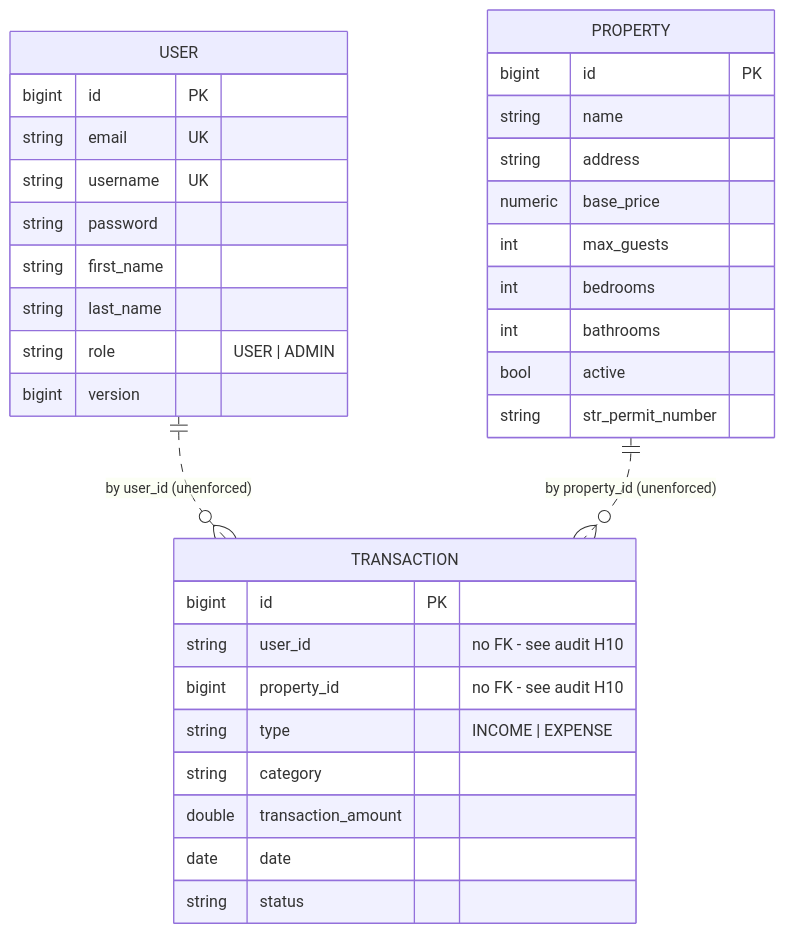
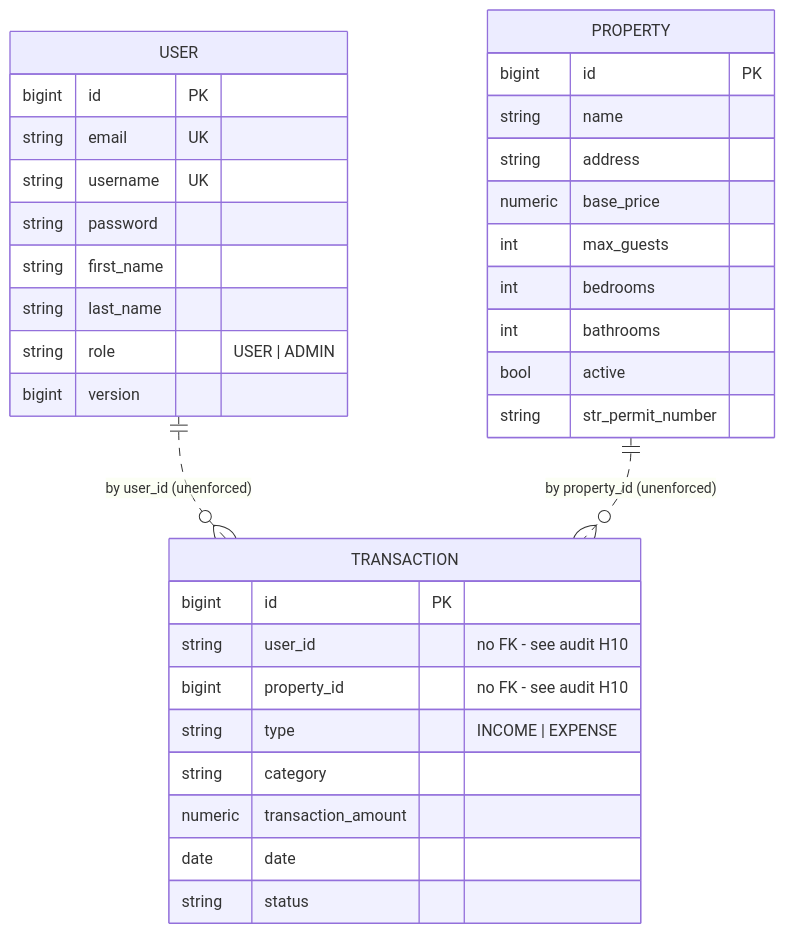
Before and after one commit to HoseaCodes/PropFlow-API: the diagram in README.md, drawn with Mermaid. The commit also changed other lines of this file and 16 other files, not shown here.

````diff
--- a/README.md
+++ b/README.md
@@ -28,37 +28,37 @@
 ```mermaid
 erDiagram
     USER {
         bigint id PK
         string email UK
         string username UK
         string password
         string first_name
         string last_name
         string role "USER | ADMIN"
         bigint version
     }
     PROPERTY {
         bigint id PK
         string name
         string address
         numeric base_price
         int max_guests
         int bedrooms
         int bathrooms
         bool active
         string str_permit_number
     }
     TRANSACTION {
         bigint id PK
         string user_id "no FK - see audit H10"
         bigint property_id "no FK - see audit H10"
         string type "INCOME | EXPENSE"
         string category
-        double transaction_amount
+        numeric transaction_amount
         date date
         string status
     }
 
     USER ||..o{ TRANSACTION : "by user_id (unenforced)"
     PROPERTY ||..o{ TRANSACTION : "by property_id (unenforced)"
 ```
````
